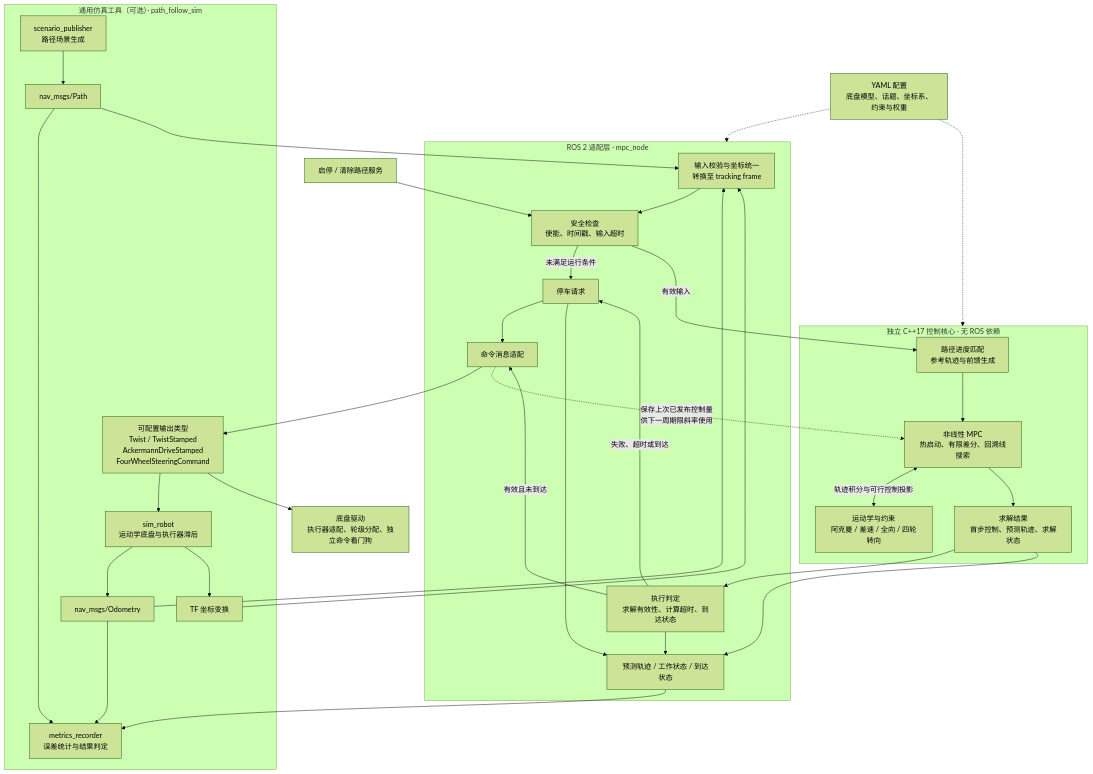
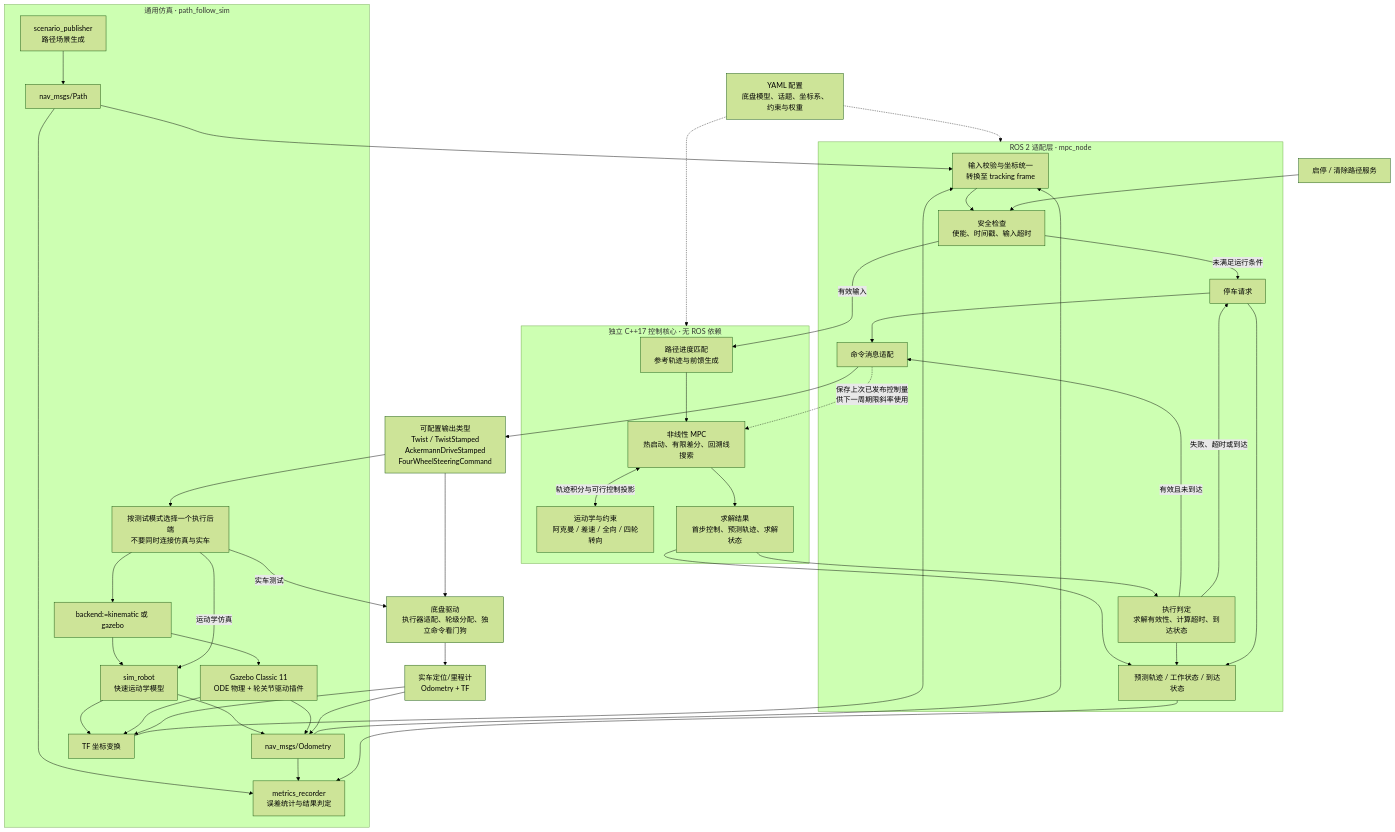
Before and after one commit to fenwickxie/path-follow: the diagram in mpc/README.md, drawn with Mermaid (forest theme). The commit also changed other lines of this file and 17 other files, not shown here.

Commit message:
Add Gazebo integration and path publishing for path_follow_sim

````diff
--- a/mpc/README.md
+++ b/mpc/README.md
@@ -9,65 +9,79 @@
 ```mermaid
 flowchart TB
     config["YAML 配置<br/>底盘模型、话题、坐标系、约束与权重"]
     path["nav_msgs/Path"]
     odom["nav_msgs/Odometry"]
     tf["TF 坐标变换"]
     services["启停 / 清除路径服务"]
 
     subgraph ros["ROS 2 适配层 · mpc_node"]
         input["输入校验与坐标统一<br/>转换至 tracking frame"]
         safety["安全检查<br/>使能、时间戳、输入超时"]
         gate["执行判定<br/>求解有效性、计算超时、到达状态"]
         output["命令消息适配"]
         stop["停车请求"]
         telemetry["预测轨迹 / 工作状态 / 到达状态"]
 
         input --> safety
         gate -->|"有效且未到达"| output
         gate -->|"失败、超时或到达"| stop
         safety -->|"未满足运行条件"| stop
         stop --> output
     end
 
     subgraph core["独立 C++17 控制核心 · 无 ROS 依赖"]
         reference["路径进度匹配<br/>参考轨迹与前馈生成"]
         solver["非线性 MPC<br/>热启动、有限差分、回溯线搜索"]
         models["运动学与约束<br/>阿克曼 / 差速 / 全向 / 四轮转向"]
         result["求解结果<br/>首步控制、预测轨迹、求解状态"]
 
         reference --> solver
         solver <-->|"轨迹积分与可行控制投影"| models
         solver --> result
     end
 
     commands["可配置输出类型<br/>Twist / TwistStamped<br/>AckermannDriveStamped<br/>FourWheelSteeringCommand"]
     driver["底盘驱动<br/>执行器适配、轮级分配、独立命令看门狗"]
-    subgraph sim["通用仿真工具（可选）· path_follow_sim"]
+    select["按测试模式选择一个执行后端<br/>不要同时连接仿真与实车"]
+    vehicle["实车定位/里程计<br/>Odometry + TF"]
+    subgraph sim["通用仿真 · path_follow_sim"]
         scenario["scenario_publisher<br/>路径场景生成"]
-        plant["sim_robot<br/>运动学底盘与执行器滞后"]
+        select_sim["backend:=kinematic 或 gazebo"]
+        plant["sim_robot<br/>快速运动学模型"]
+        gazebo["Gazebo Classic 11<br/>ODE 物理 + 轮关节驱动插件"]
         metrics["metrics_recorder<br/>误差统计与结果判定"]
         scenario --> path
-        commands --> plant
         plant --> odom
         plant --> tf
+        gazebo --> odom
+        gazebo --> tf
+        select --> select_sim
+        select_sim --> plant
+        select_sim --> gazebo
         path --> metrics
         odom --> metrics
         telemetry --> metrics
     end
 
+    commands --> select
+    select -->|"实车测试"| driver
+    driver --> vehicle
+    vehicle --> odom
+    vehicle --> tf
+    select -->|"运动学仿真"| plant
     path --> input
     odom --> input
     tf --> input
     services --> safety
     config -.-> ros
     config -.-> core
 
     safety -->|"有效输入"| reference
     result --> gate
     result --> telemetry
     gate --> telemetry
     stop --> telemetry
     output --> commands
     commands --> driver
     output -.->|"保存上次已发布控制量<br/>供下一周期限斜率使用"| solver
 ```
````
